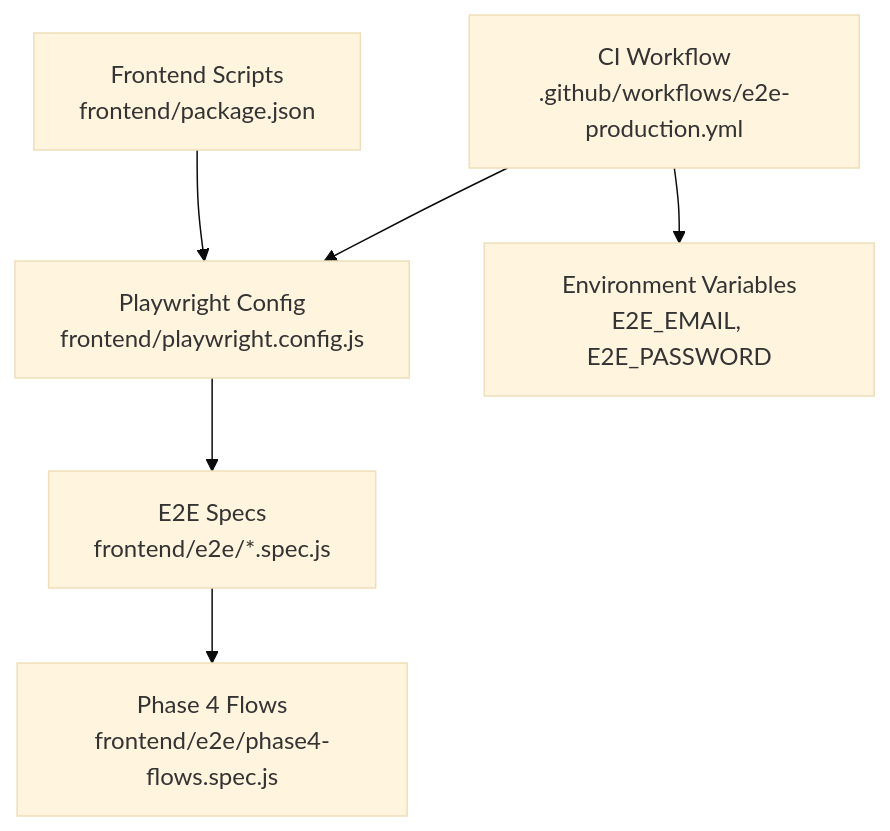
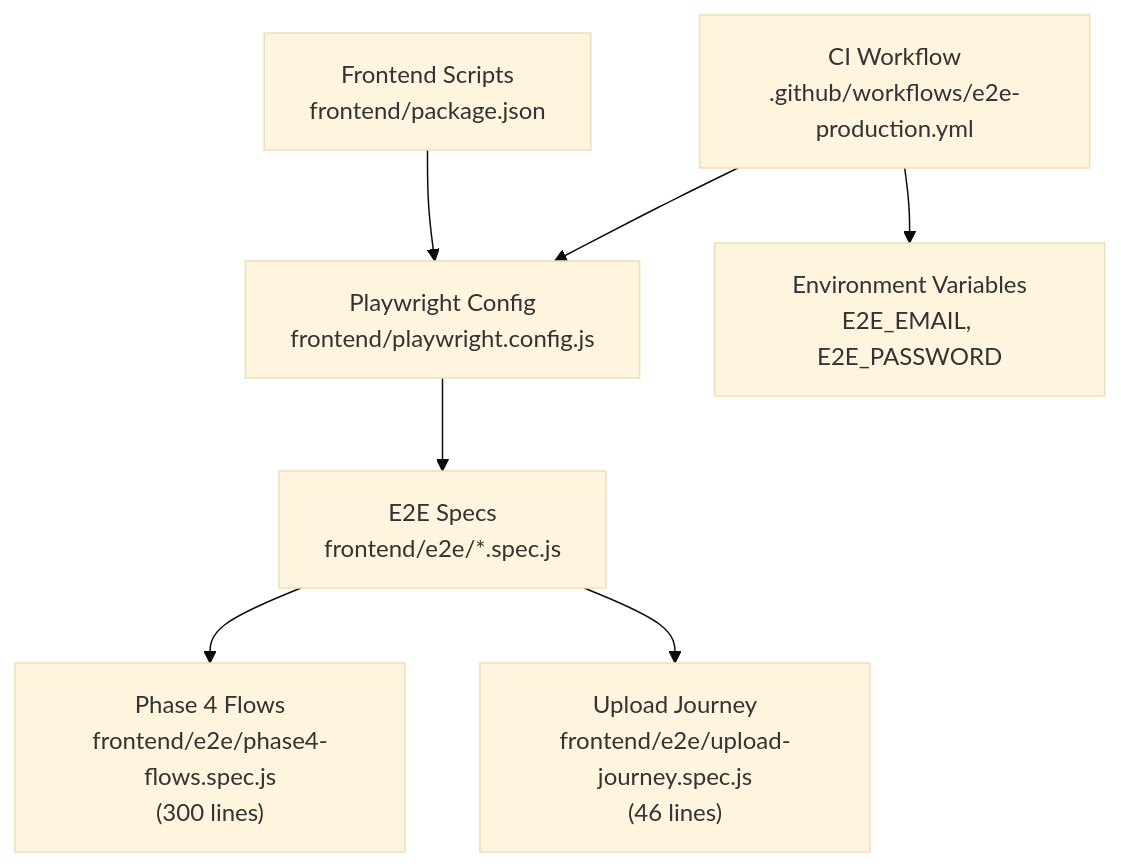
One commit to rohitkumarnaidu/-Auto-AI-Automated-Academic-Docx-Manuscript-Formatter changed the first of 12 diagrams in .qoder/repowiki/en/content/Testing Strategy/Frontend Testing/Playwright End-to-End Testing.md. Above: the diagram before and after it, drawn with Mermaid (base theme). The commit also changed other lines of this file and 160 other files, not shown here.

````diff
--- a/.qoder/repowiki/en/content/Testing Strategy/Frontend Testing/Playwright End-to-End Testing.md
+++ b/.qoder/repowiki/en/content/Testing Strategy/Frontend Testing/Playwright End-to-End Testing.md
@@ -53,14 +55,16 @@
 ```mermaid
 graph TB
 PW["Playwright Config<br/>frontend/playwright.config.js"]
 PKG["Frontend Scripts<br/>frontend/package.json"]
 E2E_DIR["E2E Specs<br/>frontend/e2e/*.spec.js"]
-PHASE4["Phase 4 Flows<br/>frontend/e2e/phase4-flows.spec.js"]
+PHASE4["Phase 4 Flows<br/>frontend/e2e/phase4-flows.spec.js<br/>(300 lines)"]
+UPLOAD_JOURNEY["Upload Journey<br/>frontend/e2e/upload-journey.spec.js<br/>(46 lines)"]
 GH_WORKFLOW["CI Workflow<br/>.github/workflows/e2e-production.yml"]
 ENV_VARS["Environment Variables<br/>E2E_EMAIL, E2E_PASSWORD"]
 PW --> E2E_DIR
 PKG --> PW
 GH_WORKFLOW --> PW
 GH_WORKFLOW --> ENV_VARS
 E2E_DIR --> PHASE4
+E2E_DIR --> UPLOAD_JOURNEY
 ```
````
